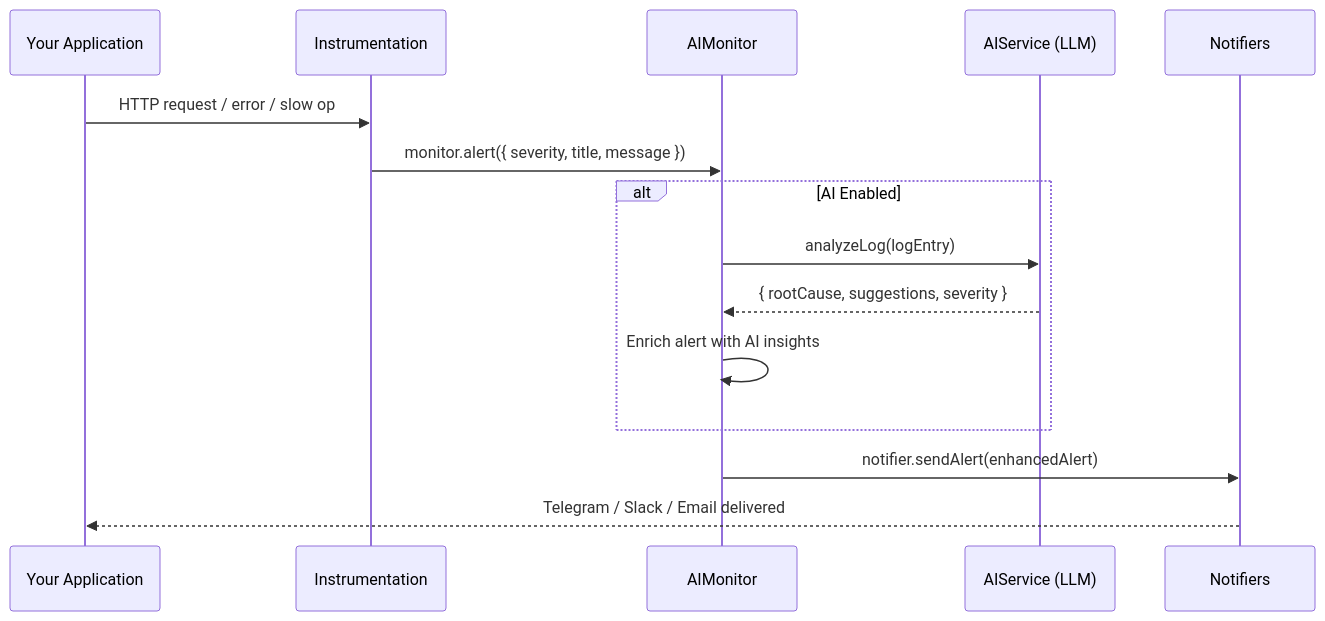
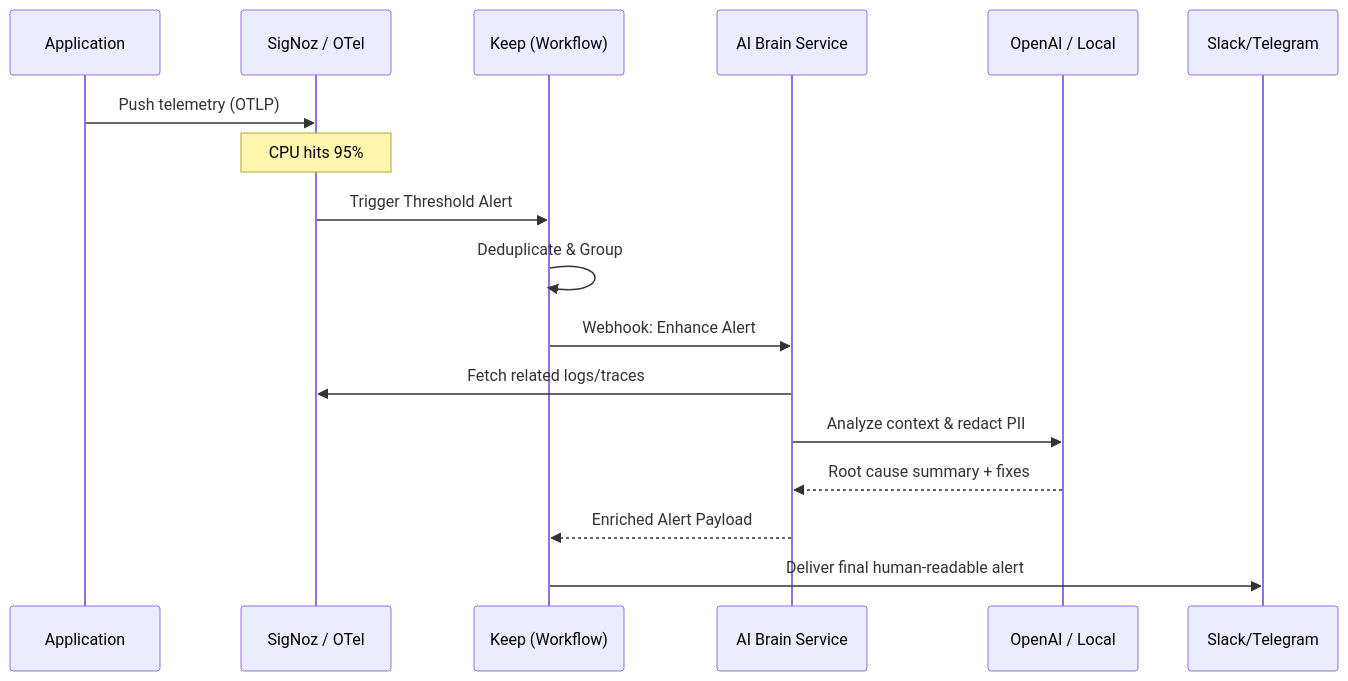
One commit to egysaas25-hub/ai-monitor-sdk changed the second of 2 diagrams in docs/01-architecture.md. Above: the diagram before and after it, drawn with Mermaid. The commit also changed other lines of this file and 32 other files, not shown here.

Commit message:
docs(architecture): pivot to standalone AI SRE service model and add AI engineer mocks

````diff
--- a/docs/01-architecture.md
+++ b/docs/01-architecture.md
@@ -76,20 +60,20 @@
 ```mermaid
 sequenceDiagram
-    participant App as Your Application
-    participant Inst as Instrumentation
-    participant Mon as AIMonitor
-    participant AI as AIService (LLM)
-    participant N as Notifiers
+    participant App as Application
+    participant SigNoz as SigNoz / OTel
+    participant Keep as Keep (Workflow)
+    participant AI as AI Brain Service
+    participant LLM as OpenAI / Local
+    participant Chat as Slack/Telegram
 
-    App->>Inst: HTTP request / error / slow op
-    Inst->>Mon: monitor.alert({ severity, title, message })
-
-    alt AI Enabled
-        Mon->>AI: analyzeLog(logEntry)
-        AI-->>Mon: { rootCause, suggestions, severity }
-        Mon->>Mon: Enrich alert with AI insights
-    end
-
-    Mon->>N: notifier.sendAlert(enhancedAlert)
-    N-->>App: Telegram / Slack / Email delivered
+    App->>SigNoz: Push telemetry (OTLP)
+    Note over SigNoz: CPU hits 95%
+    SigNoz->>Keep: Trigger Threshold Alert
+    Keep->>Keep: Deduplicate & Group
+    Keep->>AI: Webhook: Enhance Alert
+    AI->>SigNoz: Fetch related logs/traces
+    AI->>LLM: Analyze context & redact PII
+    LLM-->>AI: Root cause summary + fixes
+    AI-->>Keep: Enriched Alert Payload
+    Keep->>Chat: Deliver final human-readable alert
 ```
````
